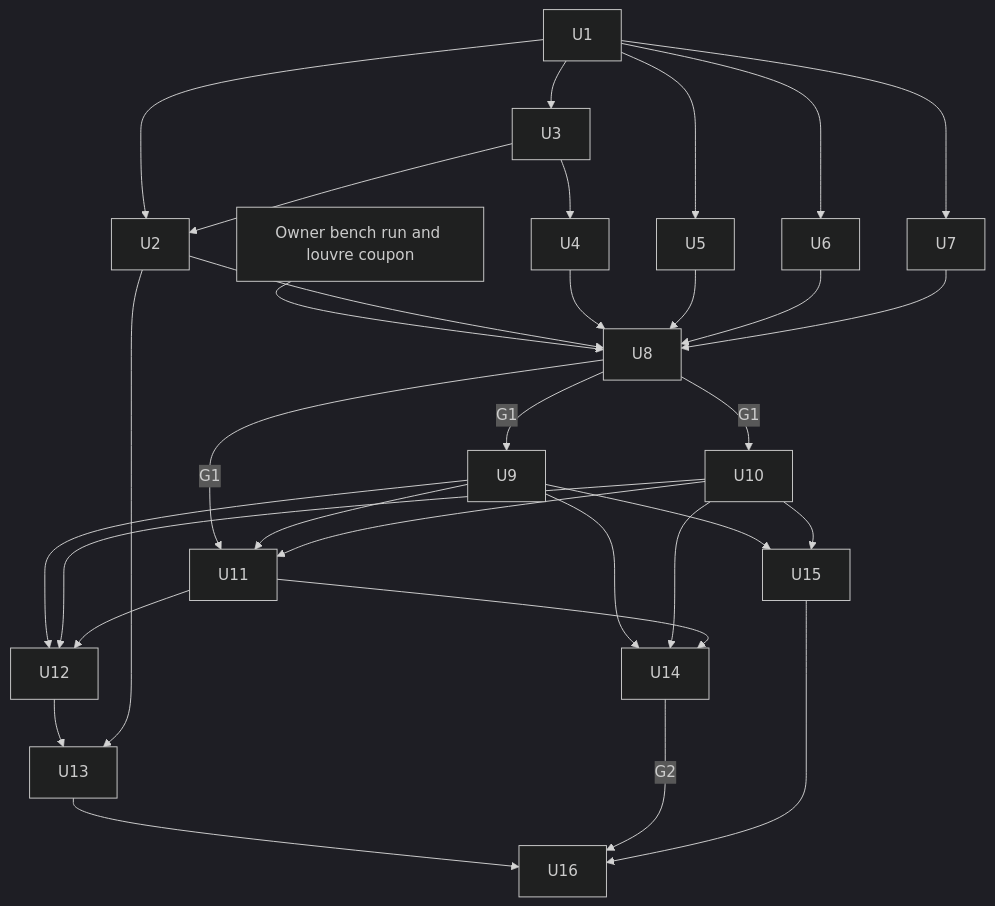
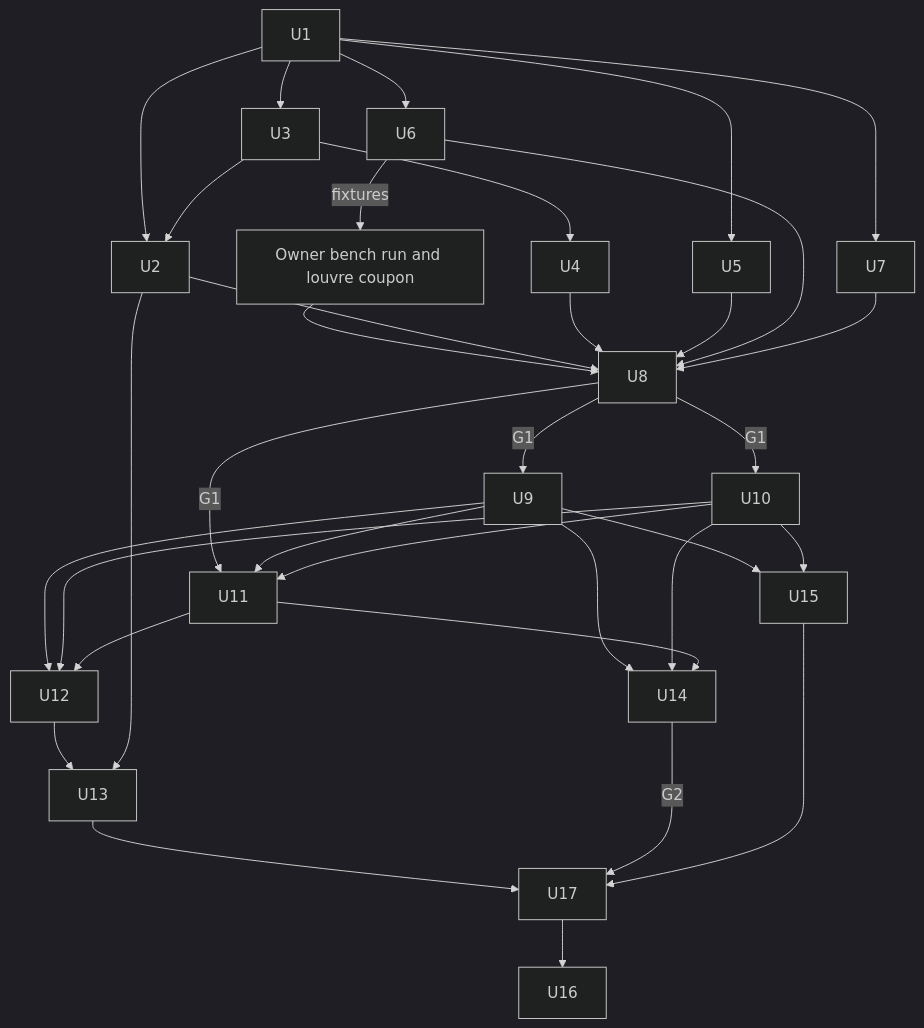
The third of 3 diagrams in docs/plans/2026-11-15-002-feat-ramp-intake-edf-cooling-plan.md (Stab-Rabbit-coding/Serenity-UAV), drawn with Mermaid (dark theme) before and after one commit. The commit also changed other lines of this file and 23 other files, not shown here.

````diff
--- a/docs/plans/2026-11-15-002-feat-ramp-intake-edf-cooling-plan.md
+++ b/docs/plans/2026-11-15-002-feat-ramp-intake-edf-cooling-plan.md
@@ -325,34 +340,36 @@
 ```mermaid
 flowchart TB
   U1 --> U2
   U1 --> U3
   U1 --> U5
   U1 --> U6
   U1 --> U7
   U3 --> U4
   U3 --> U2
-  BENCH[Owner bench run and louvre coupon] --> U8
+  U6 -->|fixtures| BENCH[Owner bench run and louvre coupon]
+  BENCH --> U8
   U2 --> U8
   U4 --> U8
   U5 --> U8
   U6 --> U8
   U7 --> U8
   U8 -->|G1| U9
   U8 -->|G1| U10
   U8 -->|G1| U11
   U9 --> U11
   U10 --> U11
   U9 --> U12
   U10 --> U12
   U11 --> U12
   U12 --> U13
   U2 --> U13
   U9 --> U14
   U10 --> U14
   U11 --> U14
   U9 --> U15
   U10 --> U15
-  U13 --> U16
-  U14 -->|G2| U16
-  U15 --> U16
+  U13 --> U17
+  U14 -->|G2| U17
+  U15 --> U17
+  U17 --> U16
 ```
````
